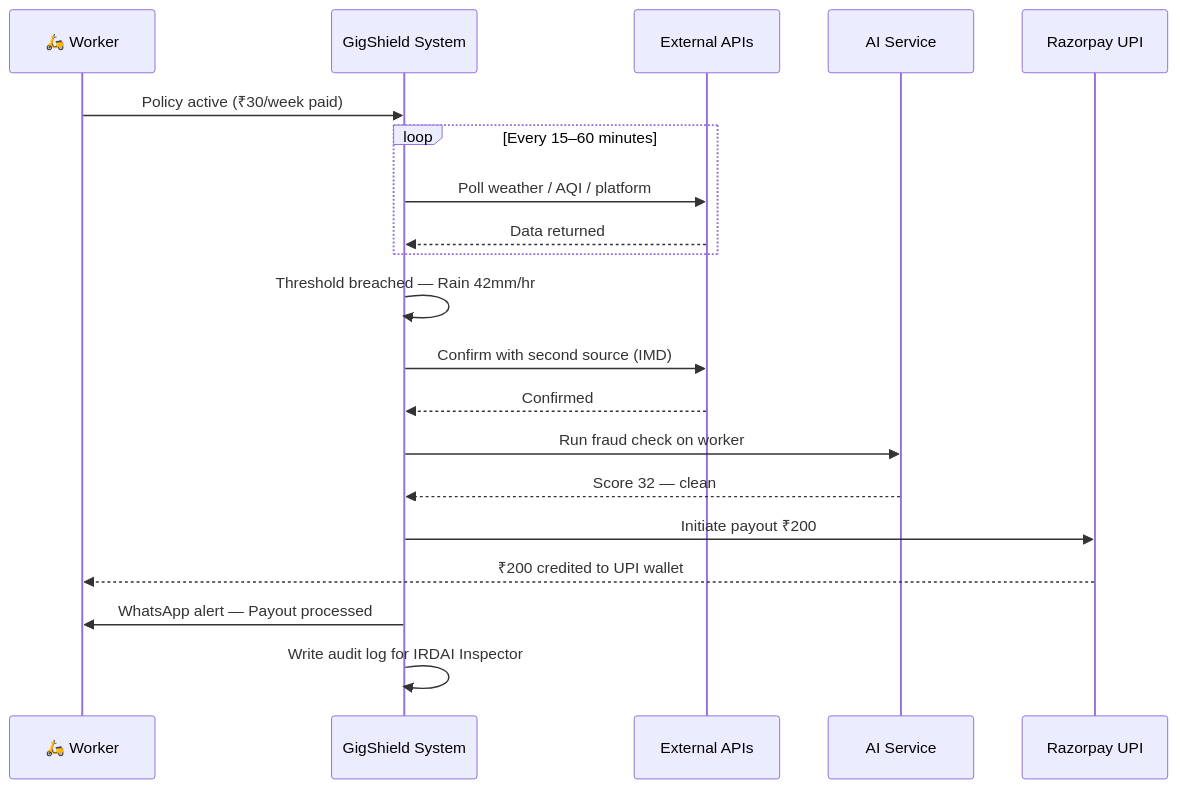
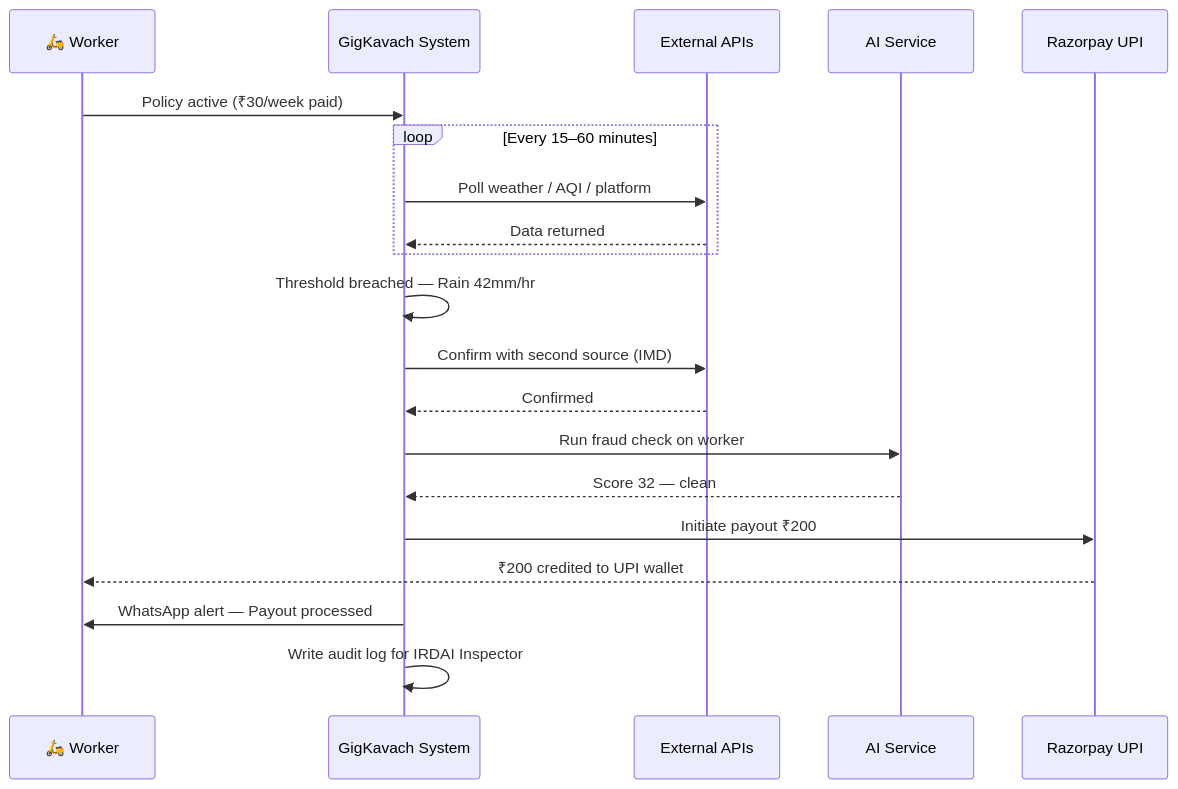
The second of 4 diagrams in README.md (Ankita562/gigshield), drawn with Mermaid before and after one commit. The commit also changed other lines of this file and 18 other files, not shown here.

````diff
--- a/README.md
+++ b/README.md
@@ -60,23 +60,23 @@
 ```mermaid
 sequenceDiagram
     participant W as 🛵 Worker
-    participant S as GigShield System
+    participant S as GigKavach System
     participant API as External APIs
     participant AI as AI Service
     participant UPI as Razorpay UPI
 
     W->>S: Policy active (₹30/week paid)
     loop Every 15–60 minutes
         S->>API: Poll weather / AQI / platform
         API-->>S: Data returned
     end
     S->>S: Threshold breached — Rain 42mm/hr
     S->>API: Confirm with second source (IMD)
     API-->>S: Confirmed
     S->>AI: Run fraud check on worker
     AI-->>S: Score 32 — clean
     S->>UPI: Initiate payout ₹200
     UPI-->>W: ₹200 credited to UPI wallet
     S->>W: WhatsApp alert — Payout processed
     S->>S: Write audit log for IRDAI Inspector
 ```
````
